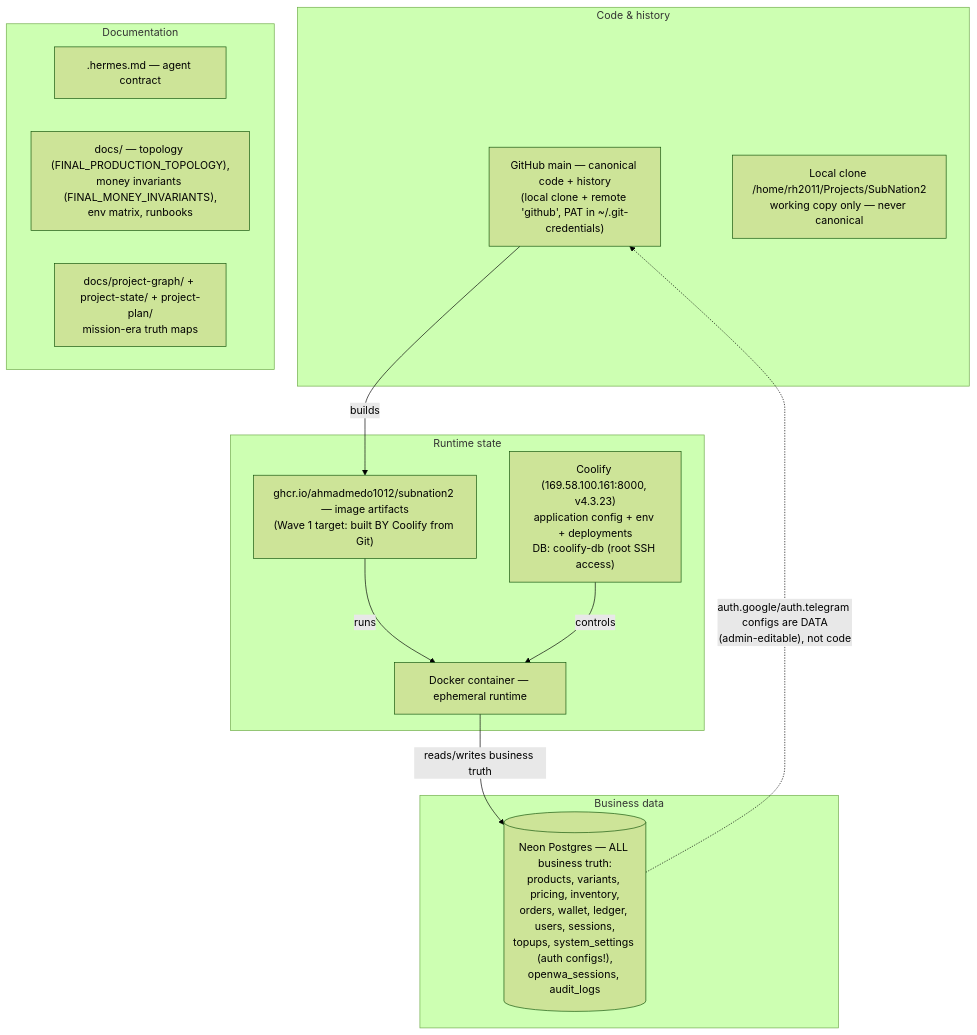
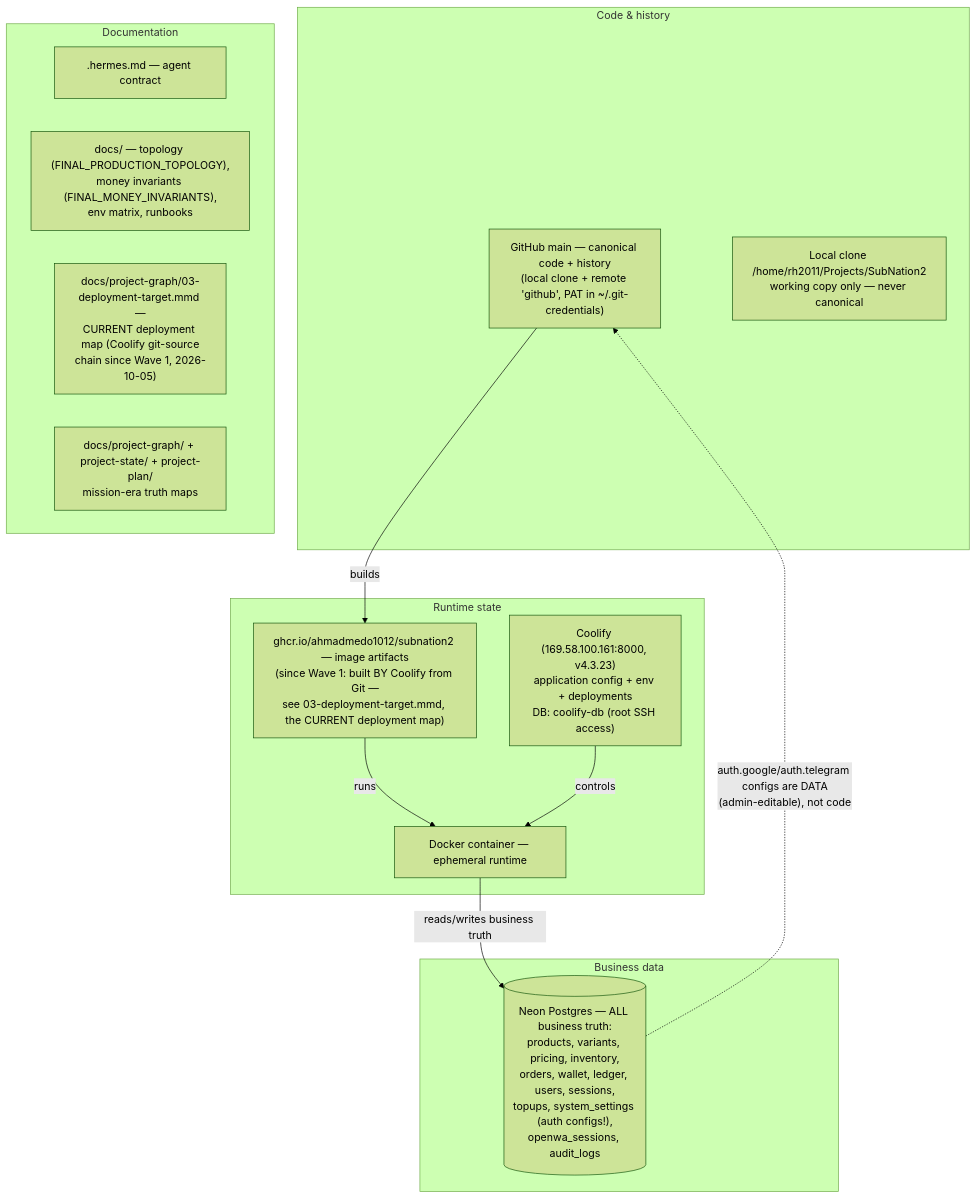
Before and after one commit to ahmadmedo1012/SubNation2: the diagram in docs/project-graph/12-source-of-truth.mmd, drawn with Mermaid (forest theme). The commit also changed 43 other files, not shown here.

```diff
--- a/docs/project-graph/12-source-of-truth.mmd
+++ b/docs/project-graph/12-source-of-truth.mmd
@@ -1,28 +1,29 @@
 %% Source of truth — where each kind of truth actually lives (verified 2026-10-05)
 graph TB
     subgraph Code["Code & history"]
         GITHUB["GitHub main — canonical code + history<br/>(local clone + remote 'github', PAT in ~/.git-credentials)"]
         LOCAL["Local clone /home/rh2011/Projects/SubNation2<br/>working copy only — never canonical"]
     end
 
     subgraph Runtime["Runtime state"]
         COOLIFY["Coolify (169.58.100.161:8000, v4.3.23)<br/>application config + env + deployments<br/>DB: coolify-db (root SSH access)"]
-        IMAGE["ghcr.io/ahmadmedo1012/subnation2 — image artifacts<br/>(Wave 1 target: built BY Coolify from Git)"]
+        IMAGE["ghcr.io/ahmadmedo1012/subnation2 — image artifacts<br/>(since Wave 1: built BY Coolify from Git —<br/>see 03-deployment-target.mmd, the CURRENT deployment map)"]
         CONTAINER["Docker container — ephemeral runtime"]
     end
 
     subgraph Business["Business data"]
         NEON[("Neon Postgres — ALL business truth:<br/>products, variants, pricing, inventory,<br/>orders, wallet, ledger, users, sessions,<br/>topups, system_settings (auth configs!),<br/>openwa_sessions, audit_logs")]
     end
 
     subgraph Docs["Documentation"]
         HERMES[".hermes.md — agent contract"]
         DOCS["docs/ — topology (FINAL_PRODUCTION_TOPOLOGY),<br/>money invariants (FINAL_MONEY_INVARIANTS),<br/>env matrix, runbooks"]
+        DEPMAP["docs/project-graph/03-deployment-target.mmd —<br/>CURRENT deployment map (Coolify git-source<br/>chain since Wave 1, 2026-10-05)"]
         GRAPH["docs/project-graph/ + project-state/ + project-plan/<br/>mission-era truth maps"]
     end
 
     GITHUB -->|"builds"| IMAGE
     IMAGE -->|"runs"| CONTAINER
     COOLIFY -->|"controls"| CONTAINER
     CONTAINER -->|"reads/writes business truth"| NEON
     NEON -.->|"auth.google/auth.telegram configs are DATA<br/>(admin-editable), not code"| GITHUB
```
